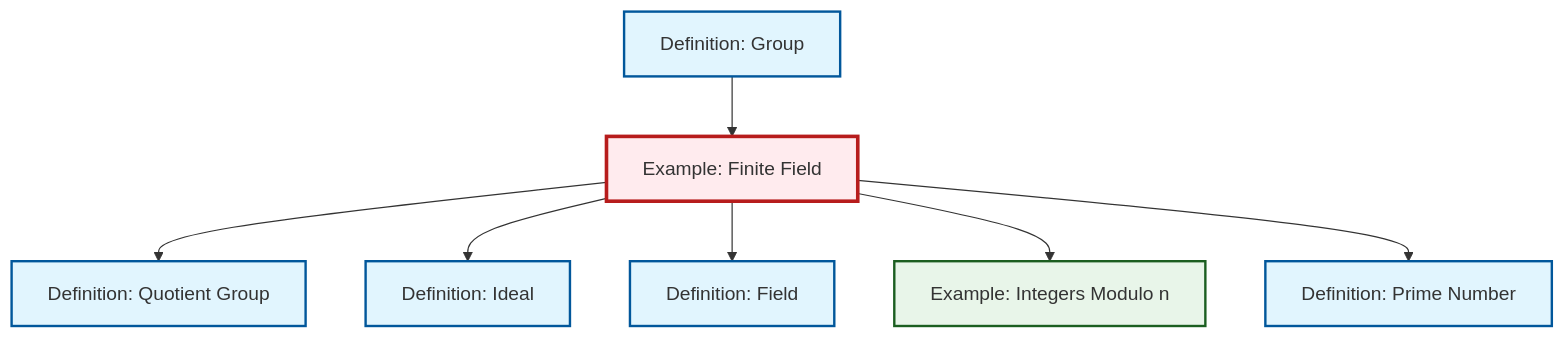
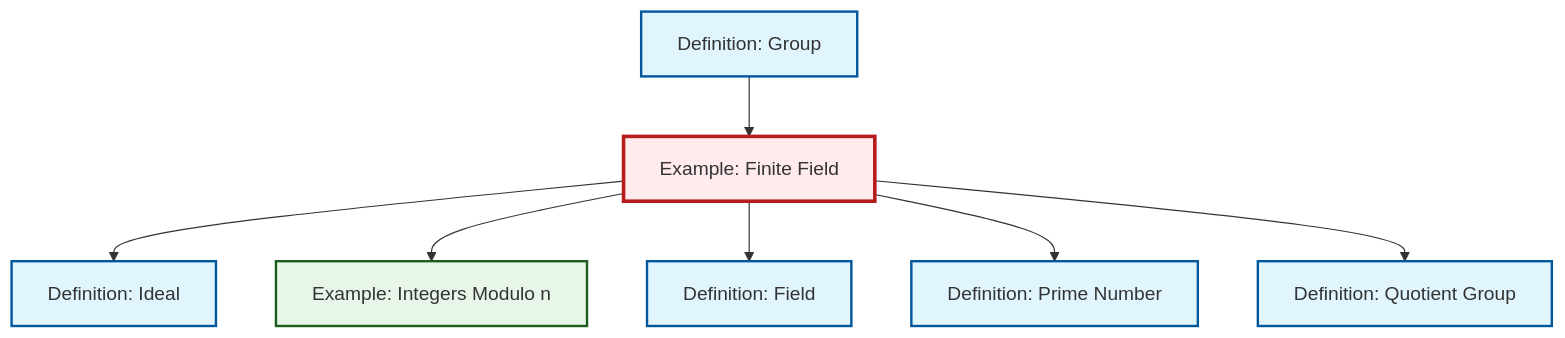
One commit to RK0429/ModernMath changed the diagram in content/en/algebra/ex-finite-field.qmd. Above: the diagram before and after it, drawn with Mermaid. The commit also changed other lines of this file and 417 other files, not shown here.

````diff
--- a/content/en/algebra/ex-finite-field.qmd
+++ b/content/en/algebra/ex-finite-field.qmd
@@ -64,29 +64,29 @@
 ```{mermaid}
 %%| fig-cap: "Local dependency graph"
 graph TD
     classDef definition fill:#e1f5fe,stroke:#01579b,stroke-width:2px
     classDef theorem fill:#f3e5f5,stroke:#4a148c,stroke-width:2px
     classDef axiom fill:#fff3e0,stroke:#e65100,stroke-width:2px
     classDef example fill:#e8f5e9,stroke:#1b5e20,stroke-width:2px
     classDef current fill:#ffebee,stroke:#b71c1c,stroke-width:3px
-    def-ideal["Definition: Ideal"]:::definition
     ex-finite-field["Example: Finite Field"]:::example
     def-field["Definition: Field"]:::definition
+    ex-quotient-integers-mod-n["Example: Integers Modulo n"]:::example
+    def-quotient-group["Definition: Quotient Group"]:::definition
+    def-ideal["Definition: Ideal"]:::definition
     def-group["Definition: Group"]:::definition
-    def-quotient-group["Definition: Quotient Group"]:::definition
     def-prime["Definition: Prime Number"]:::definition
-    ex-quotient-integers-mod-n["Example: Integers Modulo n"]:::example
-    ex-finite-field --> def-quotient-group
     def-group --> ex-finite-field
     ex-finite-field --> def-ideal
+    ex-finite-field --> ex-quotient-integers-mod-n
     ex-finite-field --> def-field
-    ex-finite-field --> ex-quotient-integers-mod-n
     ex-finite-field --> def-prime
+    ex-finite-field --> def-quotient-group
     class ex-finite-field current
+    click def-field "def-field.html" "Go to Field definition"
+    click ex-quotient-integers-mod-n "ex-quotient-integers-mod-n.html" "Go to Integers Modulo n example"
+    click def-quotient-group "def-quotient-group.html" "Go to Quotient Group definition"
     click def-ideal "def-ideal.html" "Go to Ideal definition"
-    click def-field "def-field.html" "Go to Field definition"
     click def-group "def-group.html" "Go to Group definition"
-    click def-quotient-group "def-quotient-group.html" "Go to Quotient Group definition"
     click def-prime "def-prime.html" "Go to Prime Number definition"
-    click ex-quotient-integers-mod-n "ex-quotient-integers-mod-n.html" "Go to Integers Modulo n example"
 ```
````
